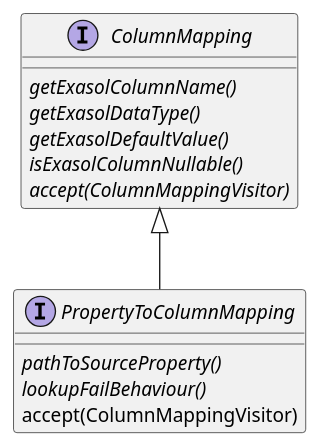
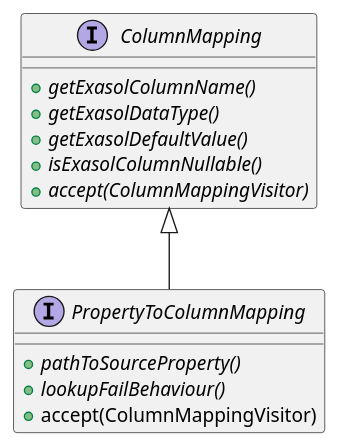
Before and after one commit to exasol/dynamodb-virtual-schema: the diagram in doc/diagrams/mappingDefinitionInterface.puml, drawn with PlantUML. The commit also changed 37 other files, not shown here.

```diff
--- a/doc/diagrams/mappingDefinitionInterface.puml
+++ b/doc/diagrams/mappingDefinitionInterface.puml
@@ -1,19 +1,19 @@
 @startuml
 
 interface ColumnMapping{
-{abstract} getExasolColumnName()
-{abstract} getExasolDataType()
-{abstract} getExasolDefaultValue()
-{abstract} isExasolColumnNullable()
-{abstract} accept(ColumnMappingVisitor)
++{abstract} getExasolColumnName()
++{abstract} getExasolDataType()
++{abstract} getExasolDefaultValue()
++{abstract} isExasolColumnNullable()
++{abstract} accept(ColumnMappingVisitor)
 }
 
 
 interface PropertyToColumnMapping{
-{abstract} pathToSourceProperty()
-{abstract} lookupFailBehaviour()
-accept(ColumnMappingVisitor)
++{abstract} pathToSourceProperty()
++{abstract} lookupFailBehaviour()
++accept(ColumnMappingVisitor)
 }
 
 ColumnMapping <|-- PropertyToColumnMapping
 @enduml
```
